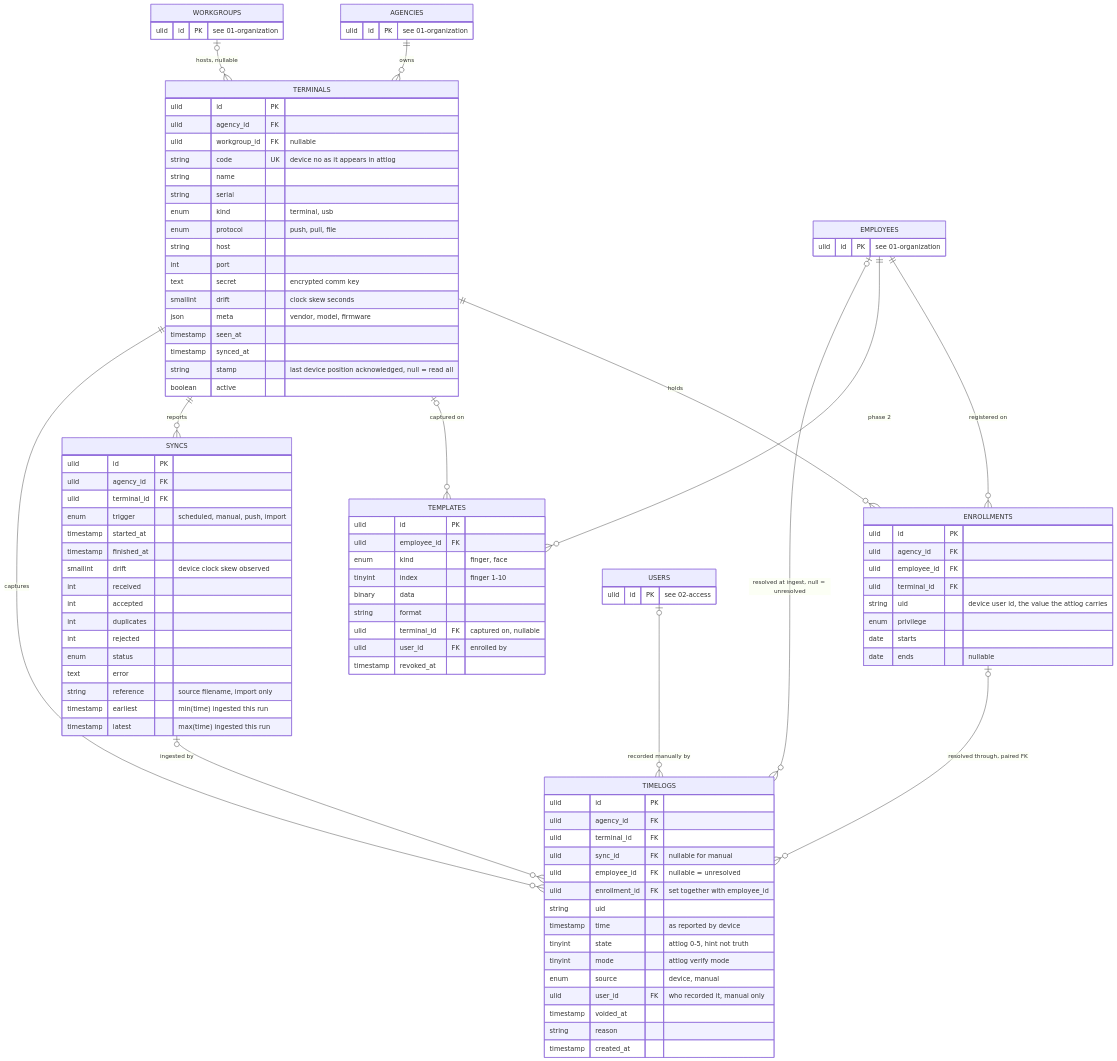
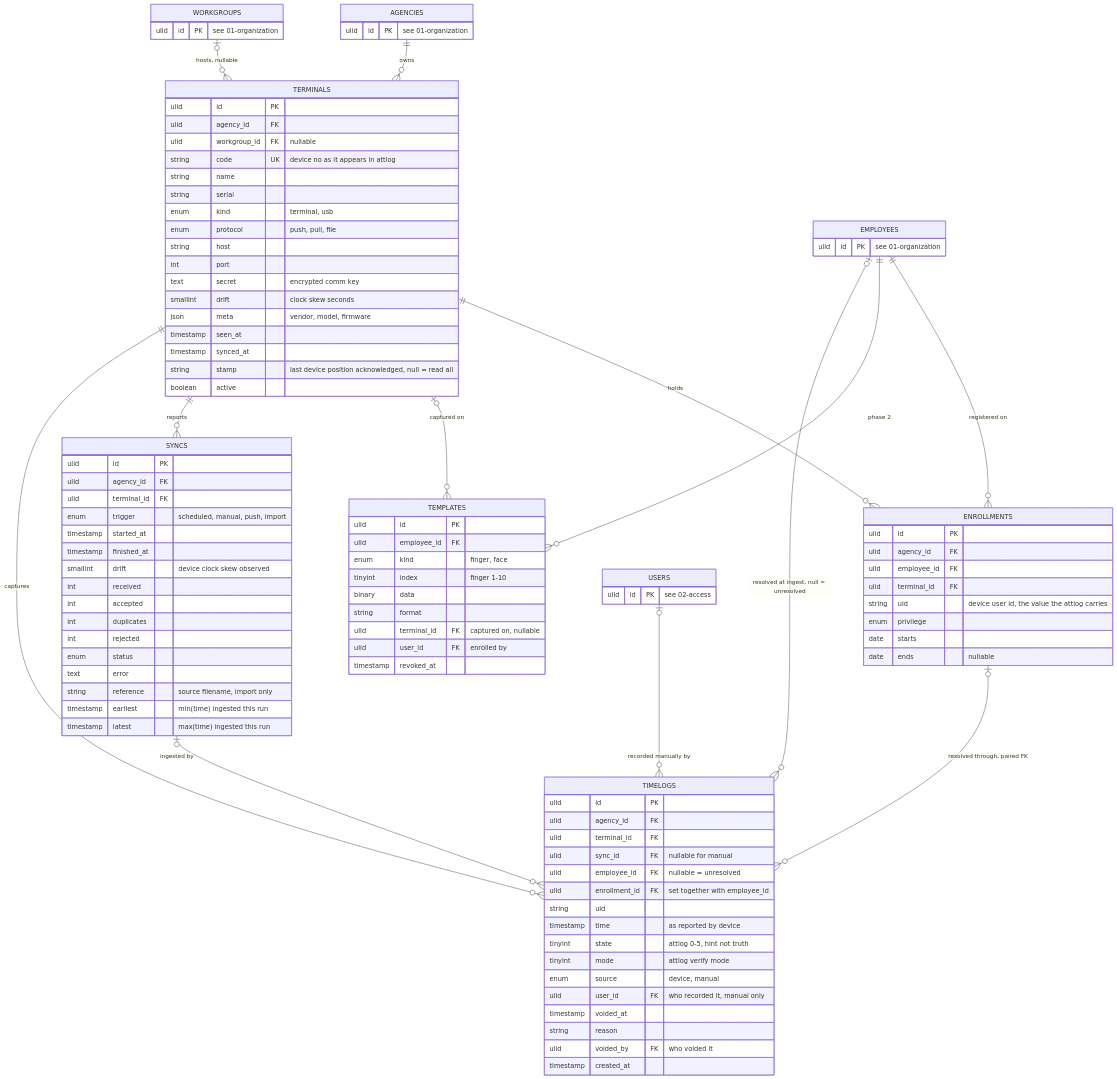
Before and after one commit to joowdx/khronoz: the diagram in docs/design/03-terminals.md, drawn with Mermaid. The commit also changed other lines of this file and 13 other files, not shown here.

```diff
--- a/docs/design/03-terminals.md
+++ b/docs/design/03-terminals.md
@@ -88,6 +88,7 @@
         ulid user_id FK "who recorded it, manual only"
         timestamp voided_at
         string reason
+        ulid voided_by FK "who voided it"
         timestamp created_at
     }
     AGENCIES {
```
